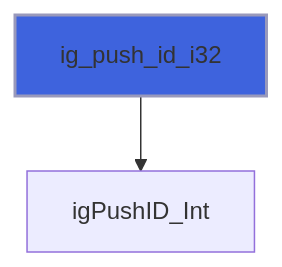
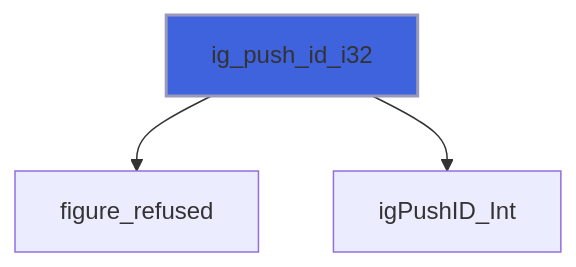
Diagram 16 of 26 in docs/api/src/lib/figure_group.md (szaghi/figure), drawn with Mermaid before and after one commit. The commit also changed other lines of this file and 10 other files, not shown here.

````diff
--- a/docs/api/src/lib/figure_group.md
+++ b/docs/api/src/lib/figure_group.md
@@ -386,5 +426,6 @@
 ```mermaid
 flowchart TD
+  ig_push_id_i32["ig_push_id_i32"] --> figure_refused["figure_refused"]
   ig_push_id_i32["ig_push_id_i32"] --> igPushID_Int["igPushID_Int"]
   style ig_push_id_i32 fill:#3e63dd,stroke:#99b,stroke-width:2px
 ```
````
